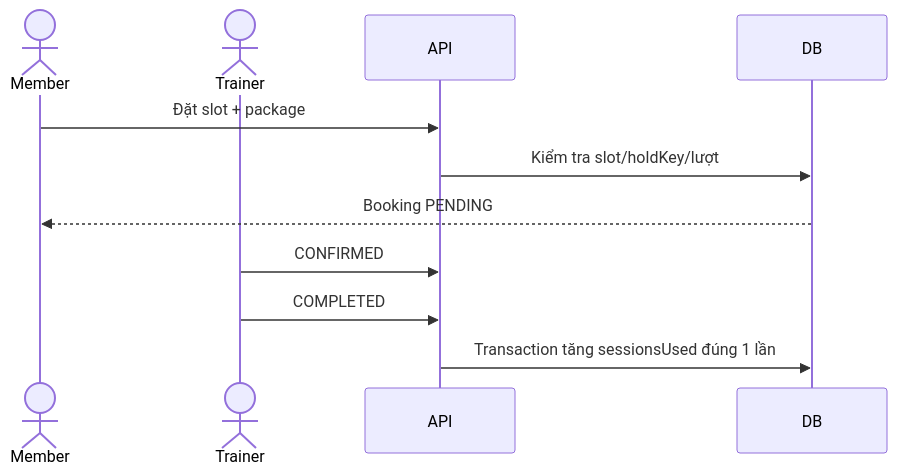
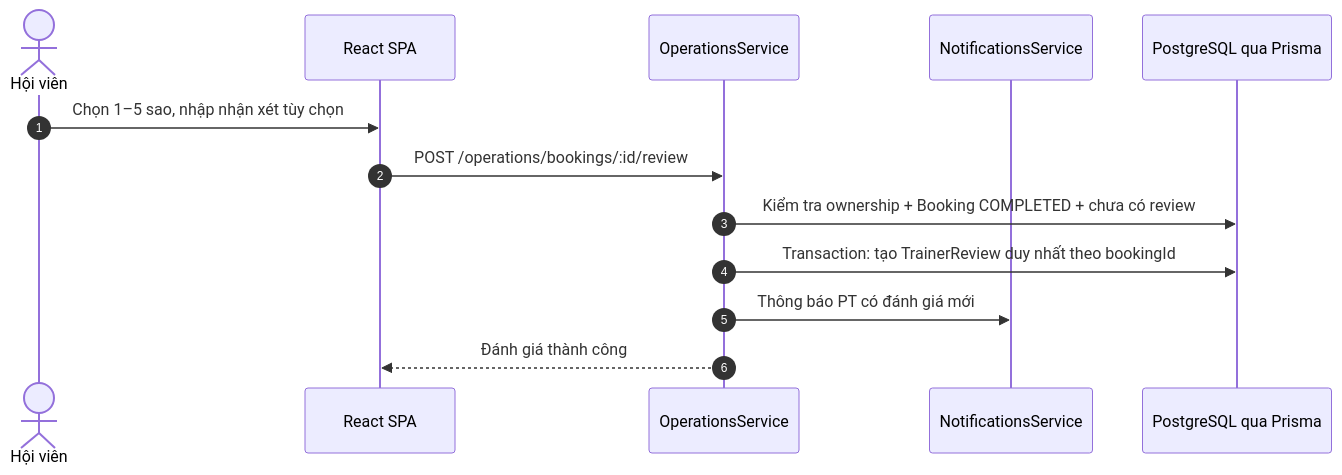
One commit to vhoanglong54/CNPM_GYM changed the fifth of 6 diagrams in docs/06-UML-Diagrams/Sequences.md. Above: the diagram before and after it, drawn with Mermaid. The commit also changed other lines of this file and 2 other files, not shown here.

Commit message:
docs(uml): align architecture and workflow diagrams

````diff
--- a/docs/06-UML-Diagrams/Sequences.md
+++ b/docs/06-UML-Diagrams/Sequences.md
@@ -22,13 +210,16 @@
 ```mermaid
 sequenceDiagram
-  actor M as Member
-  actor T as Trainer
-  participant API
-  participant DB
-  M->>API: Đặt slot + package
-  API->>DB: Kiểm tra slot/holdKey/lượt
-  DB-->>M: Booking PENDING
-  T->>API: CONFIRMED
-  T->>API: COMPLETED
-  API->>DB: Transaction tăng sessionsUsed đúng 1 lần
+  autonumber
+  actor M as Hội viên
+  participant FE as React SPA
+  participant Ops as OperationsService
+  participant Notify as NotificationsService
+  participant DB as PostgreSQL qua Prisma
+
+  M->>FE: Chọn 1–5 sao, nhập nhận xét tùy chọn
+  FE->>Ops: POST /operations/bookings/:id/review
+  Ops->>DB: Kiểm tra ownership + Booking COMPLETED + chưa có review
+  Ops->>DB: Transaction: tạo TrainerReview duy nhất theo bookingId
+  Ops->>Notify: Thông báo PT có đánh giá mới
+  Ops-->>FE: Đánh giá thành công
 ```
````
